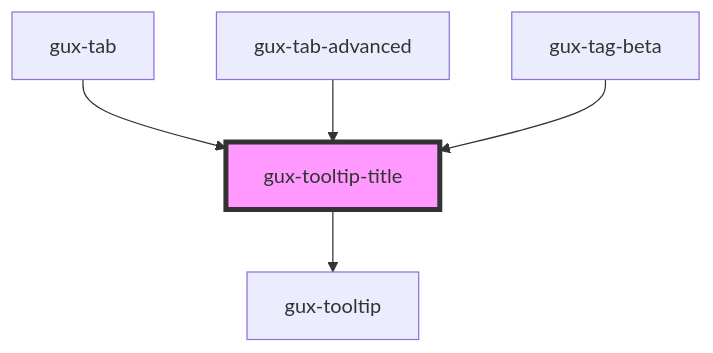
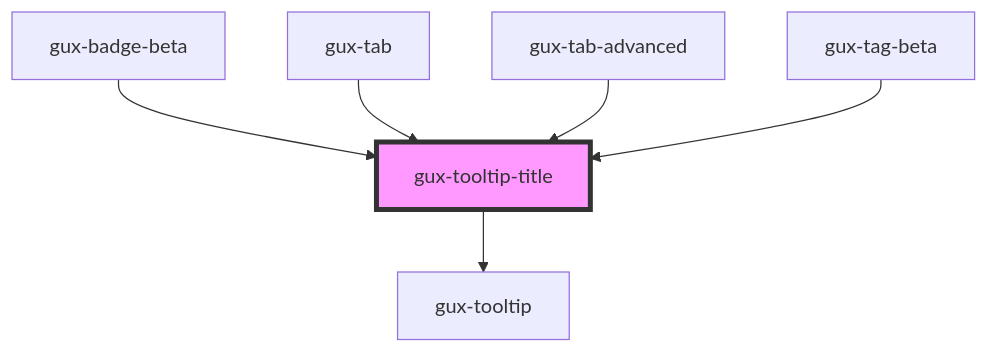
Before and after one commit to MyPureCloud/genesys-spark: the diagram in src/components/stable/gux-tooltip-title/readme.md, drawn with Mermaid. The commit also changed other lines of this file and 10 other files, not shown here.

````diff
--- a/src/components/stable/gux-tooltip-title/readme.md
+++ b/src/components/stable/gux-tooltip-title/readme.md
@@ -44,8 +45,9 @@
 ```mermaid
 graph TD;
   gux-tooltip-title --> gux-tooltip
+  gux-badge-beta --> gux-tooltip-title
   gux-tab --> gux-tooltip-title
   gux-tab-advanced --> gux-tooltip-title
   gux-tag-beta --> gux-tooltip-title
   style gux-tooltip-title fill:#f9f,stroke:#333,stroke-width:4px
 ```
````
